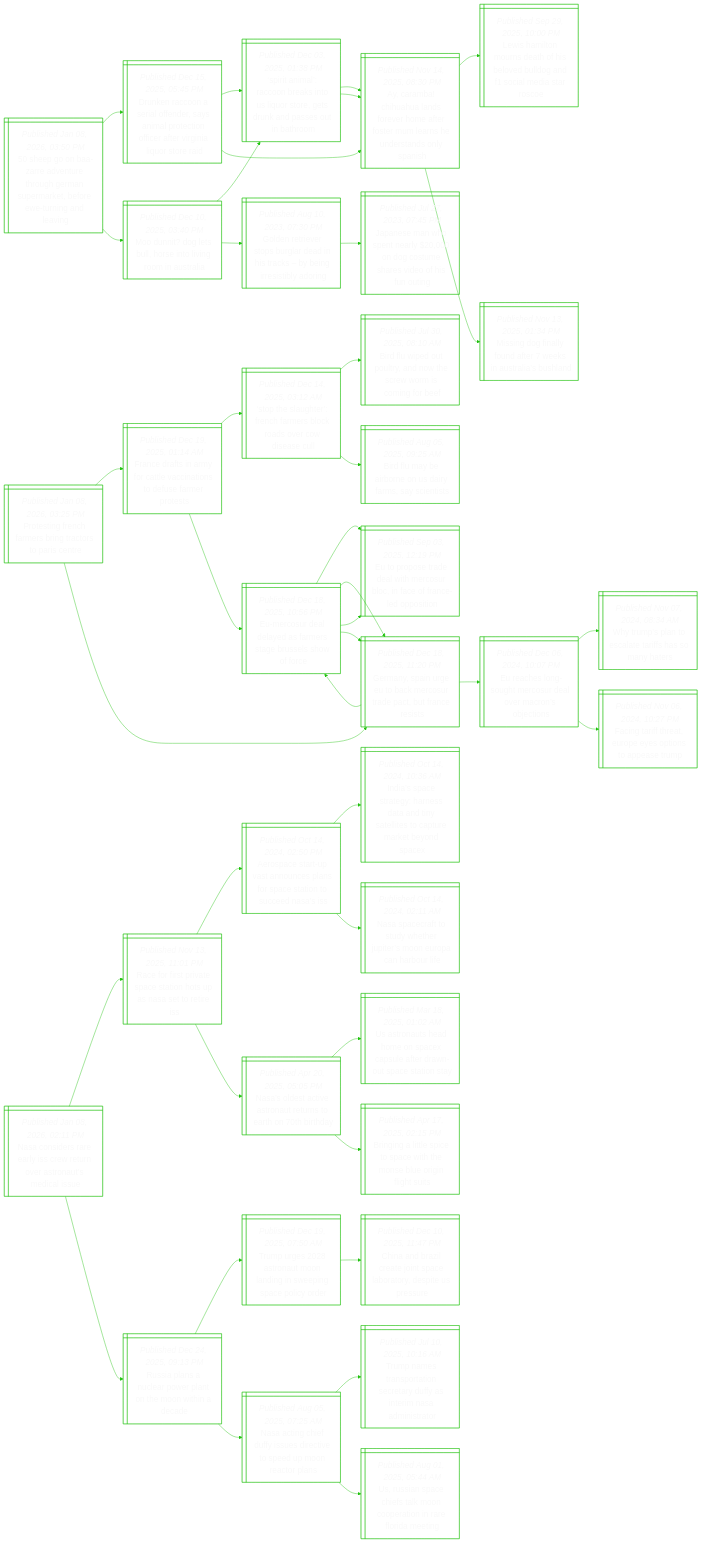
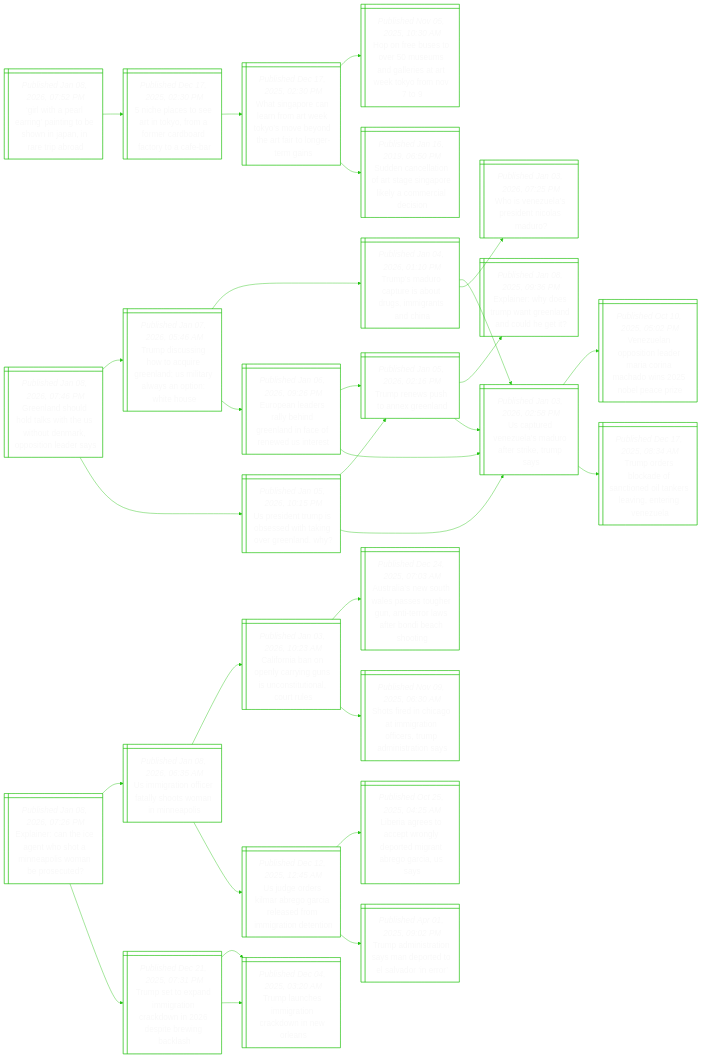
One commit to notJmes/notJmes changed the diagram in README.md. Above: the diagram before and after it, drawn with Mermaid. The commit also changed other lines of this file, not shown here.

````diff
--- a/README.md
+++ b/README.md
@@ -16,130 +16,100 @@
 flowchart LR
 classDef txtsize font-size:20px;
 
-sgareeuruabeugeg@{ shape: win-pane, label: "_Published Jan 08, 2026, 03:50 PM_
-50 sheep go on baa-zarre adventure through german supermarket, before ewe-turning and leaving" }
-Decslnairtfrriisr@{ shape: win-pane, label: "_Published Dec 15, 2025, 05:45 PM_
-Drunken raccoon a serial offender, says animal protection officer after virginia liquor store raid" }
-StacriSorskaobo@{ shape: win-pane, label: "_Published Dec 03, 2025, 01:38 PM_
-‘spirit animal’: raccoon breaks into us liquor store, gets drunk and passes out in bathroom" }
-Aahhnrhfomaerdyi@{ shape: win-pane, label: "_Published Nov 14, 2025, 08:30 PM_
-Ay, caramba! chihuahua lands forever home after foster mum learns he understands only spanish" }
-Aahhnrhfomaerdyi@{ shape: win-pane, label: "_Published Nov 14, 2025, 08:30 PM_
-Ay, caramba! chihuahua lands forever home after foster mum learns he understands only spanish" }
-LHtuefedddidac@{ shape: win-pane, label: "_Published Sep 29, 2025, 10:00 PM_
-Lewis hamilton mourns death of his beloved bulldog and f1 social media star roscoe" }
-Mnflnekulun@{ shape: win-pane, label: "_Published Nov 13, 2025, 01:34 PM_
-Missing dog finally found after 7 weeks in australia’s bushland" }
-Mnoshiirnr@{ shape: win-pane, label: "_Published Dec 10, 2025, 03:40 PM_
-Moo dunnit? dog lets bull, horse into living room in australia" }
-StacriSorskaobo@{ shape: win-pane, label: "_Published Dec 03, 2025, 01:38 PM_
-‘spirit animal’: raccoon breaks into us liquor store, gets drunk and passes out in bathroom" }
-Aahhnrhfomaerdyi@{ shape: win-pane, label: "_Published Nov 14, 2025, 08:30 PM_
-Ay, caramba! chihuahua lands forever home after foster mum learns he understands only spanish" }
-Gnisbadskersyi@{ shape: win-pane, label: "_Published Aug 10, 2023, 07:30 PM_
-Golden retriever stops burglar dead in his tracks – by being irresistibly adoring" }
-Jenpeocmrdhnn@{ shape: win-pane, label: "_Published Jul 27, 2023, 07:45 PM_
-Japanese man who spent nearly $20,000 on dog costume shares video of his fun outing" }
+GieagtooJiead@{ shape: win-pane, label: "_Published Jan 08, 2026, 07:52 PM_
+‘girl with a pearl earring’ painting to be shown in japan, in rare trip abroad" }
+npsenoaeddoab@{ shape: win-pane, label: "_Published Dec 17, 2025, 02:30 PM_
+5 niche places to see art in tokyo, from a former cardboard factory to a cafe-bar" }
+WionnAeyvoealrg@{ shape: win-pane, label: "_Published Dec 17, 2025, 02:30 PM_
+What singapore can learn from art week tokyo’s move beyond the art fair to longer-term gains" }
+Hfuommgrtekot@{ shape: win-pane, label: "_Published Nov 05, 2025, 10:30 AM_
+Hop on free buses to over 50 museums and galleries at art week tokyo from nov 7 to 9" }
+SneiAanreoceo@{ shape: win-pane, label: "_Published Jan 16, 2019, 06:50 PM_
+Sudden cancellation of art stage singapore likely a commercial decision" }
 
-sgareeuruabeugeg:::txtsize --> Decslnairtfrriisr:::txtsize
-Decslnairtfrriisr:::txtsize --> StacriSorskaobo:::txtsize
-StacriSorskaobo:::txtsize --> Aahhnrhfomaerdyi:::txtsize
-Decslnairtfrriisr:::txtsize --> Aahhnrhfomaerdyi:::txtsize
-Aahhnrhfomaerdyi:::txtsize --> LHtuefedddidac:::txtsize
-Aahhnrhfomaerdyi:::txtsize --> Mnflnekulun:::txtsize
-sgareeuruabeugeg:::txtsize --> Mnoshiirnr:::txtsize
-Mnoshiirnr:::txtsize --> StacriSorskaobo:::txtsize
-StacriSorskaobo:::txtsize --> Aahhnrhfomaerdyi:::txtsize
-Mnoshiirnr:::txtsize --> Gnisbadskersyi:::txtsize
-Gnisbadskersyi:::txtsize --> Jenpeocmrdhnn:::txtsize
+GieagtooJiead:::txtsize --> npsenoaeddoab:::txtsize
+npsenoaeddoab:::txtsize --> WionnAeyvoealrg:::txtsize
+WionnAeyvoealrg:::txtsize --> Hfuommgrtekot:::txtsize
+WionnAeyvoealrg:::txtsize --> SneiAanreoceo:::txtsize
 
-PsFheiasrn@{ shape: win-pane, label: "_Published Jan 08, 2026, 03:25 PM_
-Protesting french farmers bring tractors to paris centre" }
-Fetrrlciosmos@{ shape: win-pane, label: "_Published Dec 19, 2025, 01:14 AM_
-France drafts in army for cattle vaccinations to defuse farmer protests" }
-Shurcmlovwal@{ shape: win-pane, label: "_Published Dec 14, 2025, 03:12 AM_
-‘stop the slaughter’: french farmers block roads over cow disease cull" }
-Bleprnewiir@{ shape: win-pane, label: "_Published Jul 30, 2025, 08:10 AM_
-Bird flu wiped out poultry, and now the screw worm is coming for beef" }
-Blbboaaaet@{ shape: win-pane, label: "_Published Aug 05, 2025, 09:25 AM_
-Bird flu may be airborne on us dairy farms, say scientists" }
-EcdedrsBeoo@{ shape: win-pane, label: "_Published Dec 18, 2025, 10:56 PM_
-Eu-mercosur deal delayed as farmers stage brussels show of force" }
-Ereeweuccrlpi@{ shape: win-pane, label: "_Published Sep 03, 2025, 12:19 PM_
-Eu to propose trade deal with mercosur bloc, in face of france-led opposition" }
-Gniebeudtrrt@{ shape: win-pane, label: "_Published Dec 18, 2025, 11:20 PM_
-Germany, spain urge eu to back mercosur trade pact, but france resists" }
-Gniebeudtrrt@{ shape: win-pane, label: "_Published Dec 18, 2025, 11:20 PM_
-Germany, spain urge eu to back mercosur trade pact, but france resists" }
-EcdedrsBeoo@{ shape: win-pane, label: "_Published Dec 18, 2025, 10:56 PM_
-Eu-mercosur deal delayed as farmers stage brussels show of force" }
-Ereeweuccrlpi@{ shape: win-pane, label: "_Published Sep 03, 2025, 12:19 PM_
-Eu to propose trade deal with mercosur bloc, in face of france-led opposition" }
-Gniebeudtrrt@{ shape: win-pane, label: "_Published Dec 18, 2025, 11:20 PM_
-Germany, spain urge eu to back mercosur trade pact, but france resists" }
-EcoueulMnen@{ shape: win-pane, label: "_Published Dec 06, 2024, 10:07 PM_
-Eu reaches long-sought mercosur deal over macron’s objections" }
-Wulearhma@{ shape: win-pane, label: "_Published Nov 07, 2024, 08:34 AM_
-Why trump’s plan to escalate tariffs has so many haters" }
-Fgferytter@{ shape: win-pane, label: "_Published Nov 06, 2024, 10:27 PM_
-Facing tariff threat, europe eyes options to appease trump" }
+GlhhaietDroody@{ shape: win-pane, label: "_Published Jan 08, 2026, 07:46 PM_
+Greenland should hold talks with the us without denmark, opposition leader says" }
+TdsharedlyypWH@{ shape: win-pane, label: "_Published Jan 07, 2026, 05:46 AM_
+Trump discussing how to acquire greenland; us military always an option: white house" }
+Tsrtstsgsh@{ shape: win-pane, label: "_Published Jan 04, 2026, 01:10 PM_
+Trump’s maduro capture is about drugs, immigrants and china" }
+UtVuMorkms@{ shape: win-pane, label: "_Published Jan 03, 2026, 02:58 PM_
+Us captured venezuela’s maduro after strike, trump says" }
+WVuPdisr@{ shape: win-pane, label: "_Published Jan 03, 2026, 07:25 PM_
+Who is venezuela’s president nicolas maduro?" }
+EearbdnienUe@{ shape: win-pane, label: "_Published Jan 06, 2026, 09:26 PM_
+European leaders rally behind greenland in face of renewed us interest" }
+Trsteed@{ shape: win-pane, label: "_Published Jan 05, 2026, 02:16 PM_
+Trump renews push to annex greenland" }
+UtVuMorkms@{ shape: win-pane, label: "_Published Jan 03, 2026, 02:58 PM_
+Us captured venezuela’s maduro after strike, trump says" }
+UstpsdtgGlh@{ shape: win-pane, label: "_Published Jan 05, 2026, 10:15 PM_
+Us president trump is obsessed with taking over greenland. why?" }
+Trsteed@{ shape: win-pane, label: "_Published Jan 05, 2026, 02:16 PM_
+Trump renews push to annex greenland" }
+EihspGlnle@{ shape: win-pane, label: "_Published Jan 08, 2025, 09:36 PM_
+Explainer: why does trump want greenland and could he get it?" }
+UtVuMorkms@{ shape: win-pane, label: "_Published Jan 03, 2026, 02:58 PM_
+Us captured venezuela’s maduro after strike, trump says" }
+UtVuMorkms@{ shape: win-pane, label: "_Published Jan 03, 2026, 02:58 PM_
+Us captured venezuela’s maduro after strike, trump says" }
+Vuoilranhibai@{ shape: win-pane, label: "_Published Oct 10, 2025, 05:02 PM_
+Venezuelan opposition leader maria corina machado wins 2025 nobel peace prize" }
+Toskftdasitgz@{ shape: win-pane, label: "_Published Dec 17, 2025, 08:34 AM_
+Trump orders blockade of sanctioned oil tankers leaving, entering venezuela" }
 
-PsFheiasrn:::txtsize --> Fetrrlciosmos:::txtsize
-Fetrrlciosmos:::txtsize --> Shurcmlovwal:::txtsize
-Shurcmlovwal:::txtsize --> Bleprnewiir:::txtsize
-Shurcmlovwal:::txtsize --> Blbboaaaet:::txtsize
-Fetrrlciosmos:::txtsize --> EcdedrsBeoo:::txtsize
-EcdedrsBeoo:::txtsize --> Ereeweuccrlpi:::txtsize
-EcdedrsBeoo:::txtsize --> Gniebeudtrrt:::txtsize
-PsFheiasrn:::txtsize --> Gniebeudtrrt:::txtsize
-Gniebeudtrrt:::txtsize --> EcdedrsBeoo:::txtsize
-EcdedrsBeoo:::txtsize --> Ereeweuccrlpi:::txtsize
-EcdedrsBeoo:::txtsize --> Gniebeudtrrt:::txtsize
-Gniebeudtrrt:::txtsize --> EcoueulMnen:::txtsize
-EcoueulMnen:::txtsize --> Wulearhma:::txtsize
-EcoueulMnen:::txtsize --> Fgferytter:::txtsize
+GlhhaietDroody:::txtsize --> TdsharedlyypWH:::txtsize
+TdsharedlyypWH:::txtsize --> Tsrtstsgsh:::txtsize
+Tsrtstsgsh:::txtsize --> UtVuMorkms:::txtsize
+Tsrtstsgsh:::txtsize --> WVuPdisr:::txtsize
+TdsharedlyypWH:::txtsize --> EearbdnienUe:::txtsize
+EearbdnienUe:::txtsize --> Trsteed:::txtsize
+EearbdnienUe:::txtsize --> UtVuMorkms:::txtsize
+GlhhaietDroody:::txtsize --> UstpsdtgGlh:::txtsize
+UstpsdtgGlh:::txtsize --> Trsteed:::txtsize
+Trsteed:::txtsize --> EihspGlnle:::txtsize
+Trsteed:::txtsize --> UtVuMorkms:::txtsize
+UstpsdtgGlh:::txtsize --> UtVuMorkms:::txtsize
+UtVuMorkms:::txtsize --> Vuoilranhibai:::txtsize
+UtVuMorkms:::txtsize --> Toskftdasitgz:::txtsize
 
-Noerlceosaele@{ shape: win-pane, label: "_Published Jan 08, 2026, 02:11 PM_
-Nasa considers rare early iss crew return over astronaut’s medical issue" }
-RosvptnuattS@{ shape: win-pane, label: "_Published Nov 13, 2025, 11:01 PM_
-Race for first private space station hots up as nasa set to retire iss" }
-AptpanloctoesS@{ shape: win-pane, label: "_Published Oct 14, 2024, 02:50 PM_
-Aerospace start-up vast announces plans for space station to succeed nasa’s iss" }
-Isetasaneeaeeoa@{ shape: win-pane, label: "_Published Oct 14, 2024, 10:36 AM_
-India’s space strategy: harness data and tiny satellites to capture market beyond spacex" }
-NproyhpsEaar@{ shape: win-pane, label: "_Published Oct 14, 2024, 02:11 AM_
-Nasa spacecraft to study whether jupiter’s moon europa can harbour life" }
-NotvrtrEoia@{ shape: win-pane, label: "_Published Apr 20, 2025, 05:05 PM_
-Nasa’s oldest active astronaut returns to earth on 70th birthday" }
-Urtdocpadoaas@{ shape: win-pane, label: "_Published Mar 18, 2025, 01:02 AM_
-Us astronauts head home on spacex capsule after drawn-out space station stay" }
-Biistcholils@{ shape: win-pane, label: "_Published Apr 17, 2025, 02:15 PM_
-Bringing a little spice to space with the monse blue origin flight suits" }
-Raslolnotde@{ shape: win-pane, label: "_Published Dec 24, 2025, 09:13 PM_
-Russia plans a nuclear power plant on the moon within a decade" }
-Tuanoniespyr@{ shape: win-pane, label: "_Published Dec 19, 2025, 07:50 AM_
-Trump urges 2028 astronaut moon landing in sweeping space policy order" }
-Caarjsladtrr@{ shape: win-pane, label: "_Published Dec 10, 2025, 11:47 PM_
-China and brazil create joint space laboratory, despite us pressure" }
-NccDiscteoap@{ shape: win-pane, label: "_Published Aug 05, 2025, 07:25 AM_
-Nasa acting chief duffy issues directive to speed up moon reactor plans" }
-TnTpteafiiana@{ shape: win-pane, label: "_Published Jul 10, 2025, 10:16 AM_
-Trump names transportation secretary duffy as interim nasa administrator" }
-UsphtootnFdt@{ shape: win-pane, label: "_Published Aug 01, 2025, 05:44 AM_
-Us, russian space chiefs talk moon cooperation in rare florida meeting" }
+EiaIeoaeiaru@{ shape: win-pane, label: "_Published Jan 08, 2026, 07:26 PM_
+Explainer: can the ice agent who shot a minneapolis woman be prosecuted?" }
+UiifflomMas@{ shape: win-pane, label: "_Published Jan 08, 2026, 06:35 AM_
+Us immigration officer fatally shoots woman in minneapolis" }
+Coboyyuustlts@{ shape: win-pane, label: "_Published Jan 03, 2026, 10:23 AM_
+California ban on openly carrying guns is unconstitutional, court rules" }
+AaNulsornratnaog@{ shape: win-pane, label: "_Published Dec 24, 2025, 07:03 AM_
+Australia’s new south wales passes tougher gun, anti-terror laws after bondi beach shooting" }
+SfictgoiTaita@{ shape: win-pane, label: "_Published Nov 09, 2025, 06:30 AM_
+Shots fired in chicago at immigration officers, trump administration says" }
+UgelbGaarmtei@{ shape: win-pane, label: "_Published Dec 12, 2025, 12:45 AM_
+Us judge orders kilmar abrego garcia released from immigration detention" }
+LieatgpdaraUs@{ shape: win-pane, label: "_Published Oct 25, 2025, 04:25 AM_
+Liberia agrees to accept wrongly deported migrant abrego garcia, us says" }
+Taitanrolrr@{ shape: win-pane, label: "_Published Apr 01, 2025, 09:02 PM_
+Trump administration says man deported to el salvador ‘in error’" }
+Tsedgocnsbnk@{ shape: win-pane, label: "_Published Dec 21, 2025, 07:31 PM_
+Trump set to expand immigration crackdown in 2026 despite brewing backlash" }
+TlhmtroNl@{ shape: win-pane, label: "_Published Dec 04, 2025, 03:20 AM_
+Trump launches immigration crackdown in new orleans" }
+TlhmtroNl@{ shape: win-pane, label: "_Published Dec 04, 2025, 03:20 AM_
+Trump launches immigration crackdown in new orleans" }
 
-Noerlceosaele:::txtsize --> RosvptnuattS:::txtsize
-RosvptnuattS:::txtsize --> AptpanloctoesS:::txtsize
-AptpanloctoesS:::txtsize --> Isetasaneeaeeoa:::txtsize
-AptpanloctoesS:::txtsize --> NproyhpsEaar:::txtsize
-RosvptnuattS:::txtsize --> NotvrtrEoia:::txtsize
-NotvrtrEoia:::txtsize --> Urtdocpadoaas:::txtsize
-NotvrtrEoia:::txtsize --> Biistcholils:::txtsize
-Noerlceosaele:::txtsize --> Raslolnotde:::txtsize
-Raslolnotde:::txtsize --> Tuanoniespyr:::txtsize
-Tuanoniespyr:::txtsize --> Caarjsladtrr:::txtsize
-Raslolnotde:::txtsize --> NccDiscteoap:::txtsize
-NccDiscteoap:::txtsize --> TnTpteafiiana:::txtsize
-NccDiscteoap:::txtsize --> UsphtootnFdt:::txtsize
+EiaIeoaeiaru:::txtsize --> UiifflomMas:::txtsize
+UiifflomMas:::txtsize --> Coboyyuustlts:::txtsize
+Coboyyuustlts:::txtsize --> AaNulsornratnaog:::txtsize
+Coboyyuustlts:::txtsize --> SfictgoiTaita:::txtsize
+UiifflomMas:::txtsize --> UgelbGaarmtei:::txtsize
+UgelbGaarmtei:::txtsize --> LieatgpdaraUs:::txtsize
+UgelbGaarmtei:::txtsize --> Taitanrolrr:::txtsize
+EiaIeoaeiaru:::txtsize --> Tsedgocnsbnk:::txtsize
+Tsedgocnsbnk:::txtsize --> TlhmtroNl:::txtsize
+Tsedgocnsbnk:::txtsize --> TlhmtroNl:::txtsize
 
 ```
````
